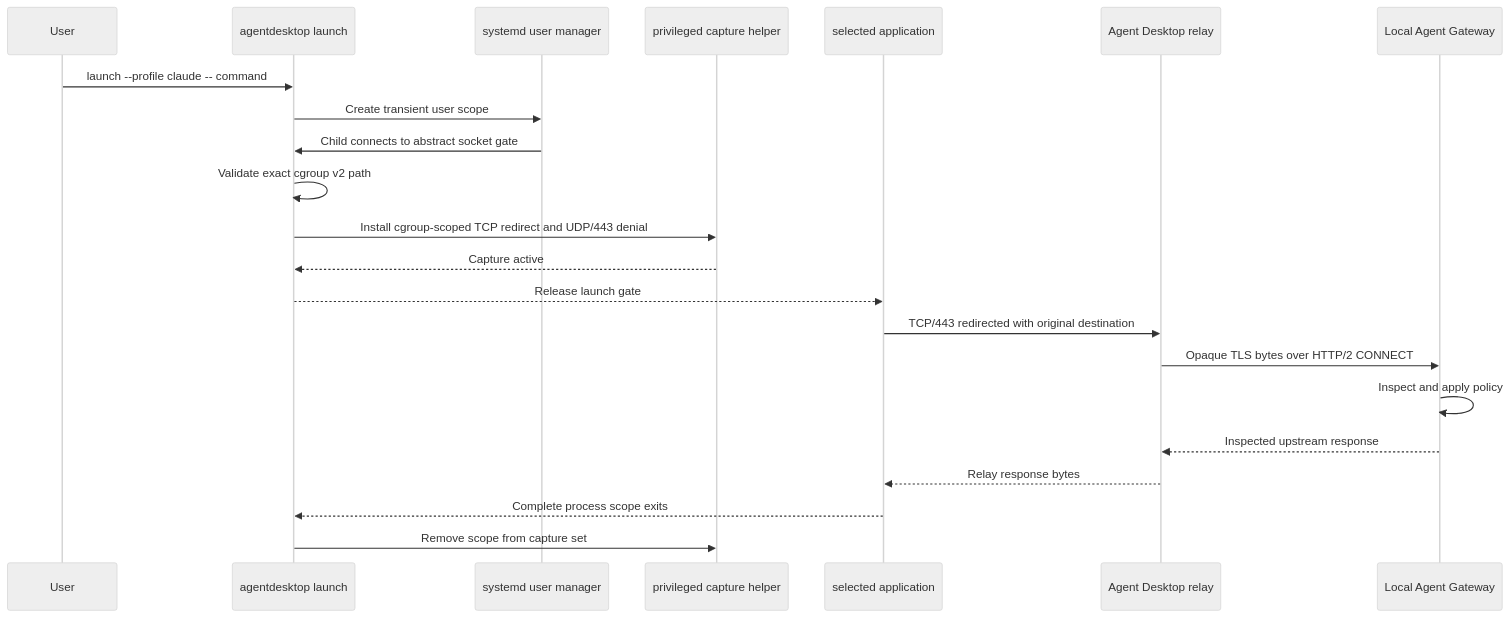
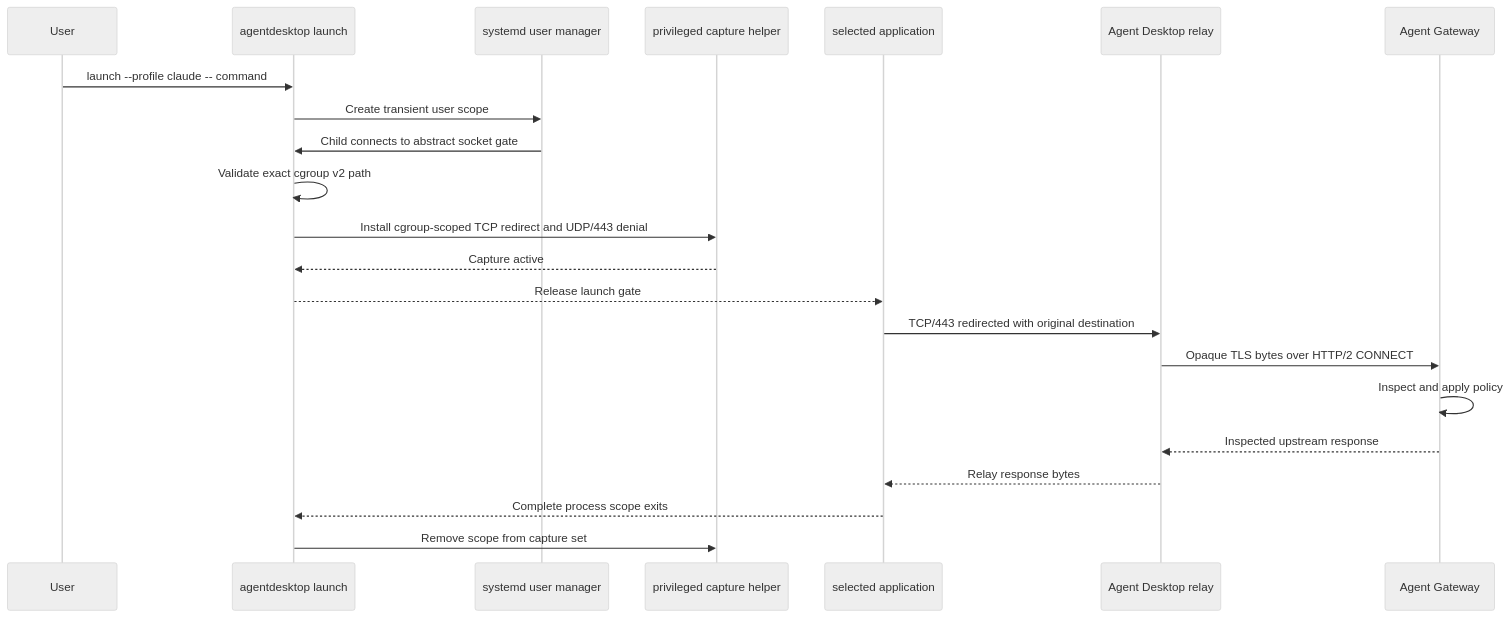
One commit to agentdesktop-dev/agentdesktop changed the third of 6 diagrams in CONTRIBUTING.md. Above: the diagram before and after it, drawn with Mermaid (neutral theme). The commit also changed other lines of this file and 19 other files, not shown here.

````diff
--- a/CONTRIBUTING.md
+++ b/CONTRIBUTING.md
@@ -111,25 +111,25 @@
 ```mermaid
 sequenceDiagram
     participant User
     participant Launch as agentdesktop launch
     participant Systemd as systemd user manager
     participant Helper as privileged capture helper
     participant App as selected application
     participant Desktop as Agent Desktop relay
-    participant Gateway as Local Agent Gateway
+    participant Gateway as Agent Gateway
 
     User->>Launch: launch --profile claude -- command
     Launch->>Systemd: Create transient user scope
     Systemd->>Launch: Child connects to abstract socket gate
     Launch->>Launch: Validate exact cgroup v2 path
     Launch->>Helper: Install cgroup-scoped TCP redirect and UDP/443 denial
     Helper-->>Launch: Capture active
     Launch-->>App: Release launch gate
     App->>Desktop: TCP/443 redirected with original destination
     Desktop->>Gateway: Opaque TLS bytes over HTTP/2 CONNECT
     Gateway->>Gateway: Inspect and apply policy
     Gateway-->>Desktop: Inspected upstream response
     Desktop-->>App: Relay response bytes
     App-->>Launch: Complete process scope exits
     Launch->>Helper: Remove scope from capture set
 ```
````
